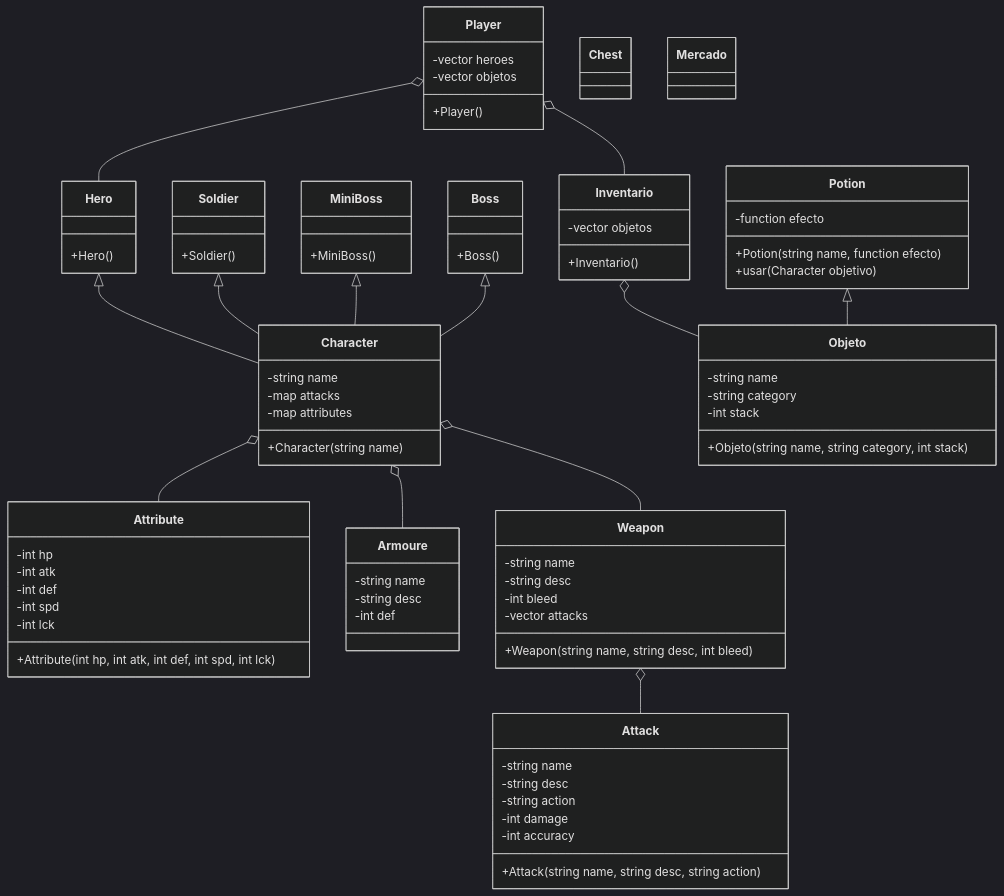
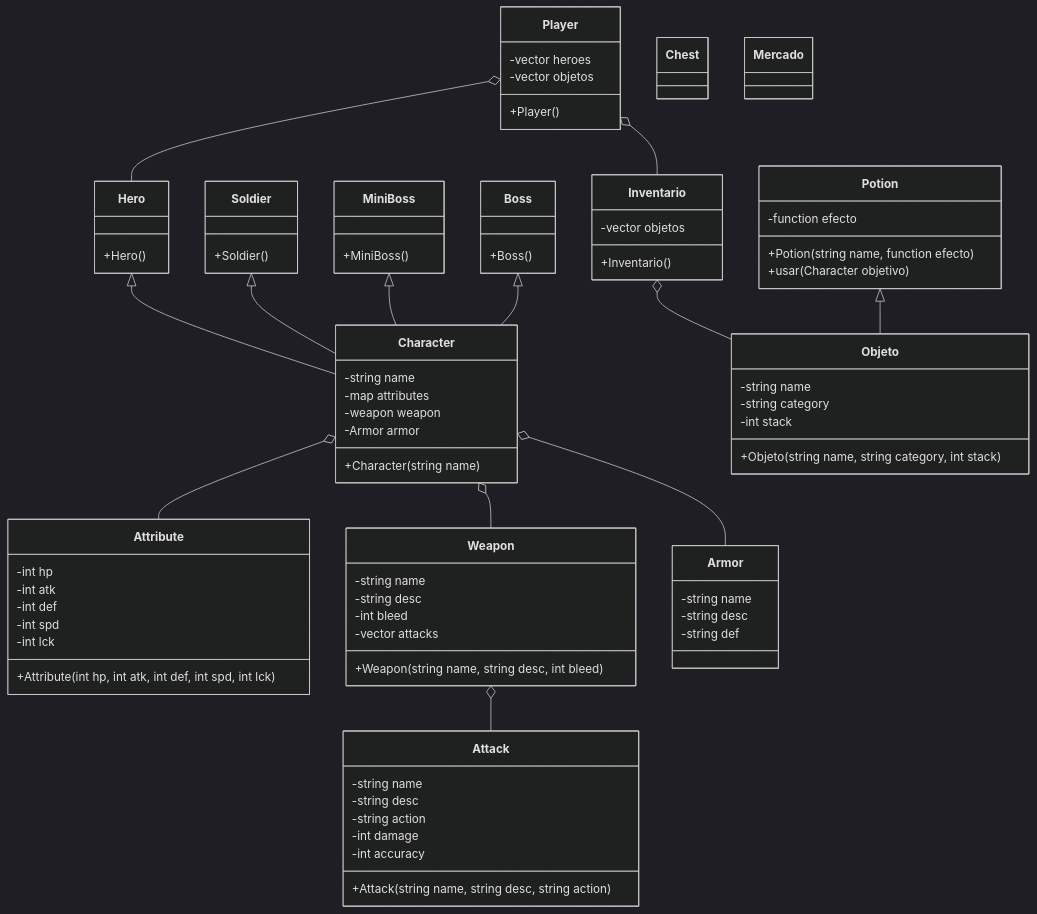
Before and after one commit to AlejandroSnap/PROYECTO-POO: the diagram in Diagrama.md, drawn with Mermaid (dark theme).

```diff
--- a/Diagrama.md
+++ b/Diagrama.md
@@ -20,8 +20,9 @@
 
     class Character {
         -string name
-        -map<string, Attack> attacks
         -map<string, Attribute> attributes
+        -weapon weapon
+        -Armor armor
         +Character(string name)
     }
 
@@ -41,12 +42,6 @@
         -int damage
         -int accuracy
         +Attack(string name, string desc, string action)
-    }
-
-    class Armoure {
-        -string name
-        -string desc
-        -int def
     }
 
     class Weapon {
@@ -89,6 +84,12 @@
         +Inventario()
     }
 
+    class Armor {
+        -string name
+        -string desc
+        -string def
+    }
+
     
     Inventario o-- Objeto
     Potion <|-- Objeto    
@@ -96,7 +97,7 @@
     Player o-- Inventario
     Weapon o-- Attack
     Character o-- Weapon
-    Character o-- Armoure
+    Character o-- Armor
     Hero <|-- Character
     Soldier <|-- Character
     MiniBoss <|-- Character
```
